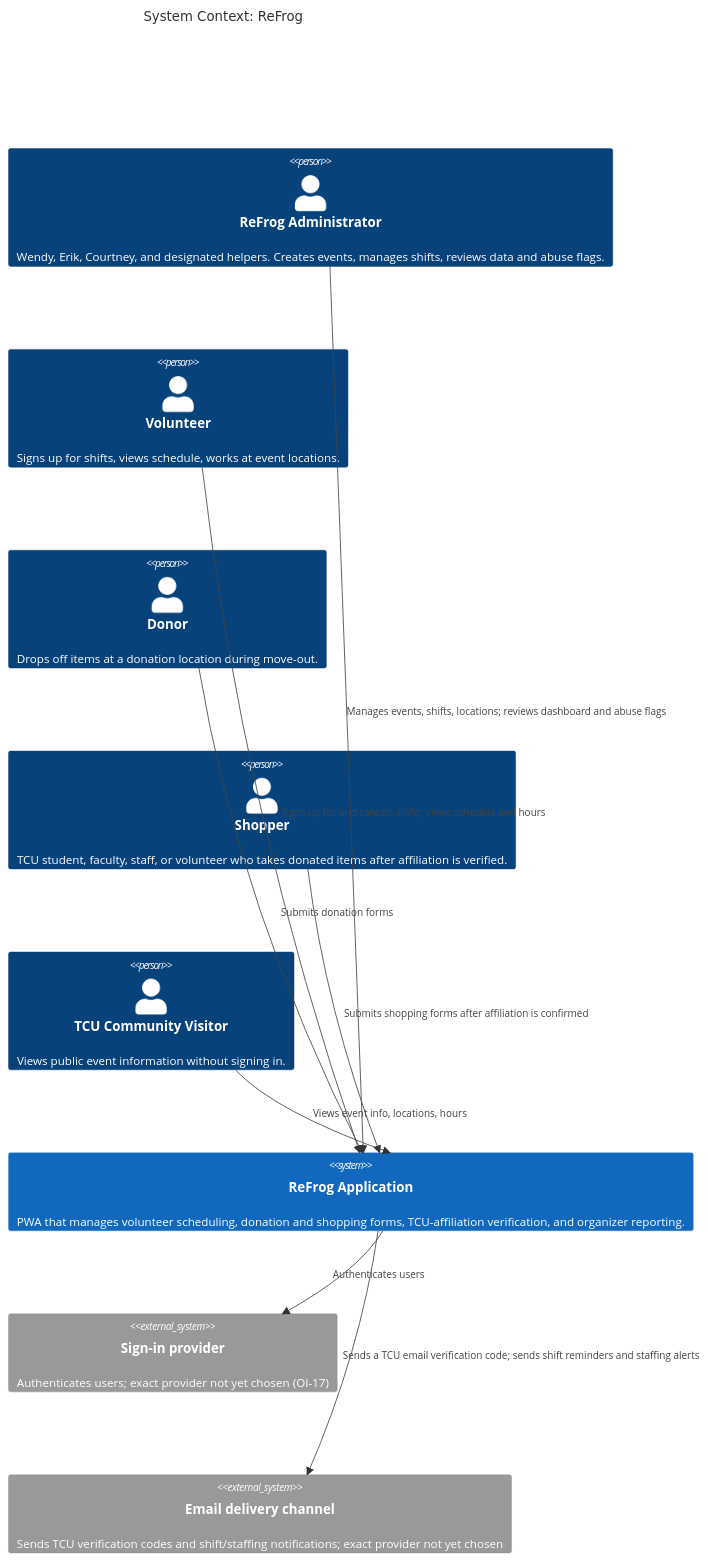
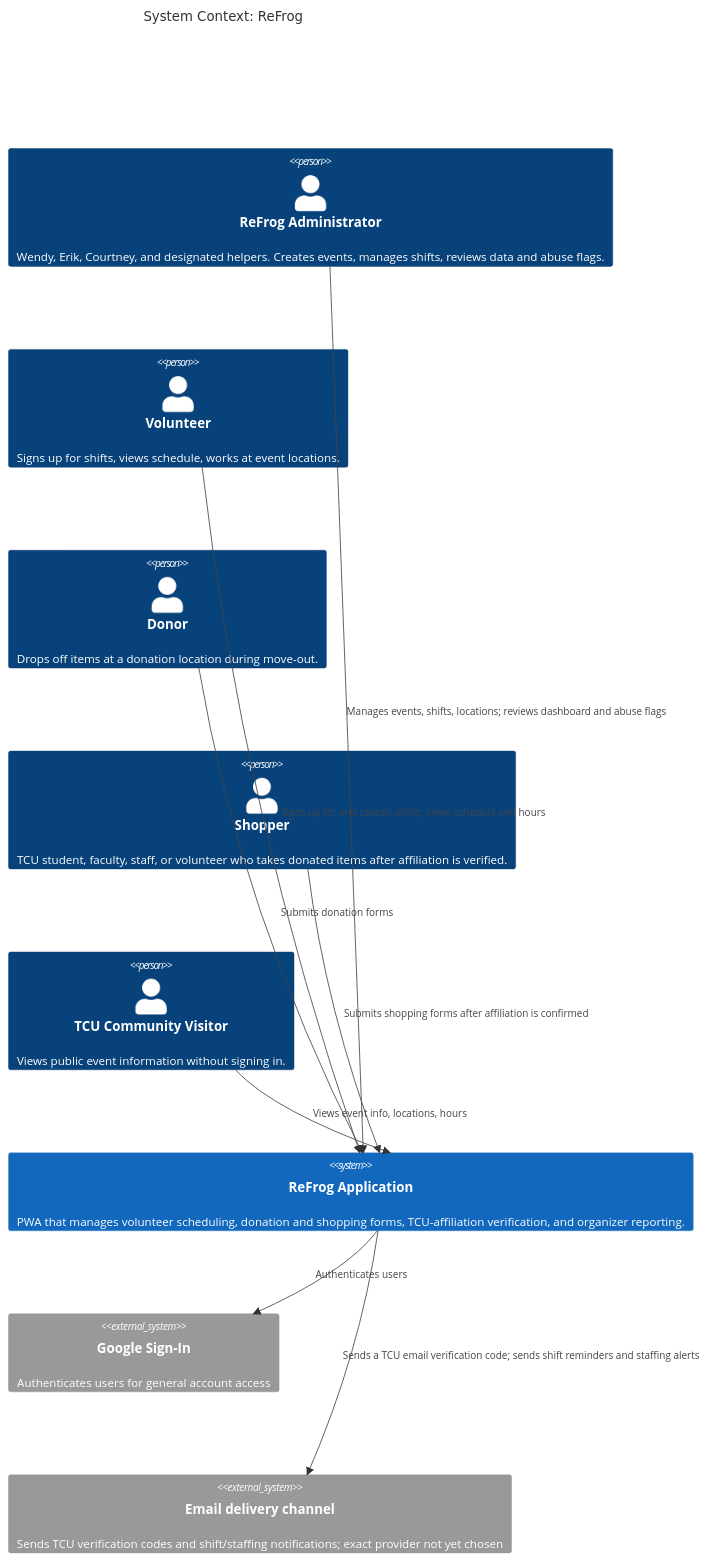
One commit to evelyntrann/cosc-40943-team-3-refrog changed the first of 3 diagrams in docs/design/architectural-design.md. Above: the diagram before and after it, drawn with Mermaid. The commit also changed other lines of this file and 2 other files, not shown here.

First line of the commit message:
Restore Google Sign-In as the chosen general sign-in provider

````diff
--- a/docs/design/architectural-design.md
+++ b/docs/design/architectural-design.md
@@ -106,23 +106,23 @@
 ```mermaid
 C4Context
     title System Context: ReFrog
 
     Person(admin, "ReFrog Administrator", "Wendy, Erik, Courtney, and designated helpers. Creates events, manages shifts, reviews data and abuse flags.")
     Person(volunteer, "Volunteer", "Signs up for shifts, views schedule, works at event locations.")
     Person(donor, "Donor", "Drops off items at a donation location during move-out.")
     Person(shopper, "Shopper", "TCU student, faculty, staff, or volunteer who takes donated items after affiliation is verified.")
     Person(visitor, "TCU Community Visitor", "Views public event information without signing in.")
 
     System(refrog, "ReFrog Application", "PWA that manages volunteer scheduling, donation and shopping forms, TCU-affiliation verification, and organizer reporting.")
 
-    System_Ext(authprovider, "Sign-in provider", "Authenticates users; exact provider not yet chosen (OI-17)")
+    System_Ext(authprovider, "Google Sign-In", "Authenticates users for general account access")
     System_Ext(notification, "Email delivery channel", "Sends TCU verification codes and shift/staffing notifications; exact provider not yet chosen")
 
     Rel(admin, refrog, "Manages events, shifts, locations; reviews dashboard and abuse flags")
     Rel(volunteer, refrog, "Signs up for and cancels shifts; views schedule and hours")
     Rel(donor, refrog, "Submits donation forms")
     Rel(shopper, refrog, "Submits shopping forms after affiliation is confirmed")
     Rel(visitor, refrog, "Views event info, locations, hours")
     Rel(refrog, authprovider, "Authenticates users")
     Rel(refrog, notification, "Sends a TCU email verification code; sends shift reminders and staffing alerts")
 ```
````
